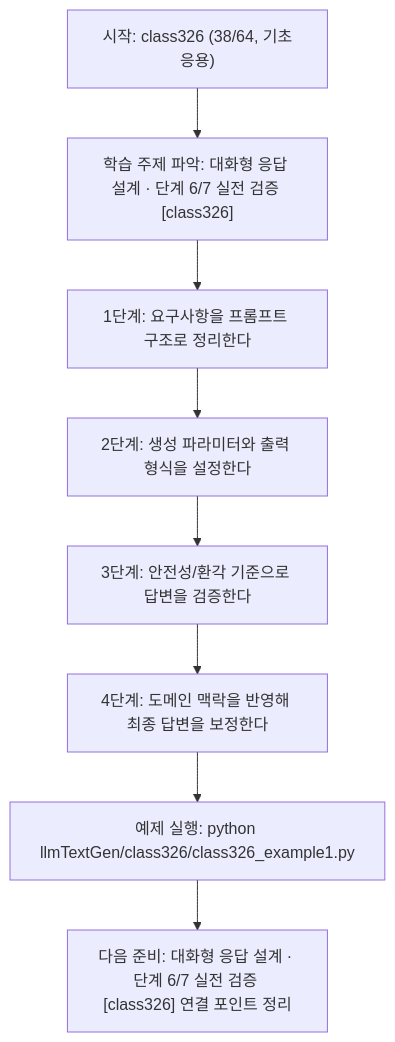
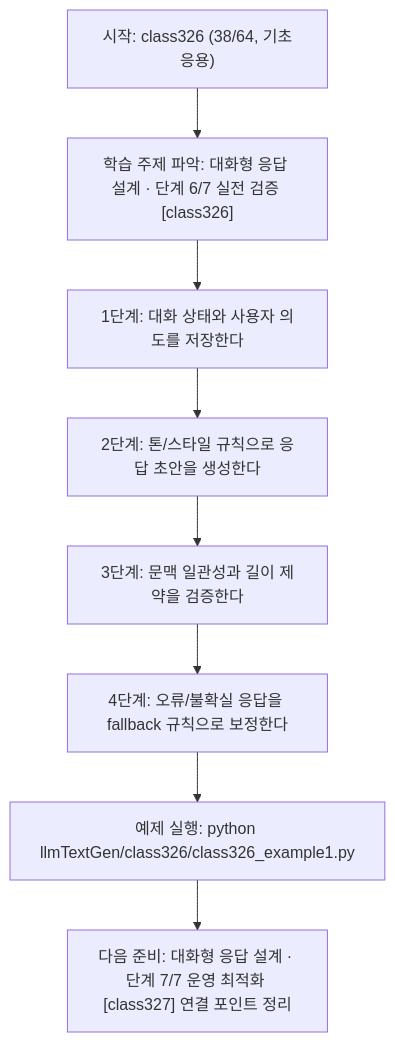
The diagram in llmTextGen/class326/class326.md (edumgt/Python-AI_Agent-Class), drawn with Mermaid before and after one commit. The commit also changed other lines of this file and 451 other files, not shown here.

````diff
--- a/llmTextGen/class326/class326.md
+++ b/llmTextGen/class326/class326.md
@@ -114,18 +95,18 @@
 ```mermaid
 flowchart TD
 N1["시작: class326 (38/64, 기초응용)"]
 N2["학습 주제 파악: 대화형 응답 설계 · 단계 6/7 실전 검증 [class326]"]
-N3["1단계: 요구사항을 프롬프트 구조로 정리한다"]
-N4["2단계: 생성 파라미터와 출력 형식을 설정한다"]
-N5["3단계: 안전성/환각 기준으로 답변을 검증한다"]
-N6["4단계: 도메인 맥락을 반영해 최종 답변을 보정한다"]
+N3["1단계: 대화 상태와 사용자 의도를 저장한다"]
+N4["2단계: 톤/스타일 규칙으로 응답 초안을 생성한다"]
+N5["3단계: 문맥 일관성과 길이 제약을 검증한다"]
+N6["4단계: 오류/불확실 응답을 fallback 규칙으로 보정한다"]
 N7["예제 실행: python llmTextGen/class326/class326_example1.py"]
-N8["다음 준비: 대화형 응답 설계 · 단계 6/7 실전 검증 [class326] 연결 포인트 정리"]
+N8["다음 준비: 대화형 응답 설계 · 단계 7/7 운영 최적화 [class327] 연결 포인트 정리"]
 N1 --> N2
 N2 --> N3
 N3 --> N4
 N4 --> N5
 N5 --> N6
 N6 --> N7
 N7 --> N8
 ```
````
